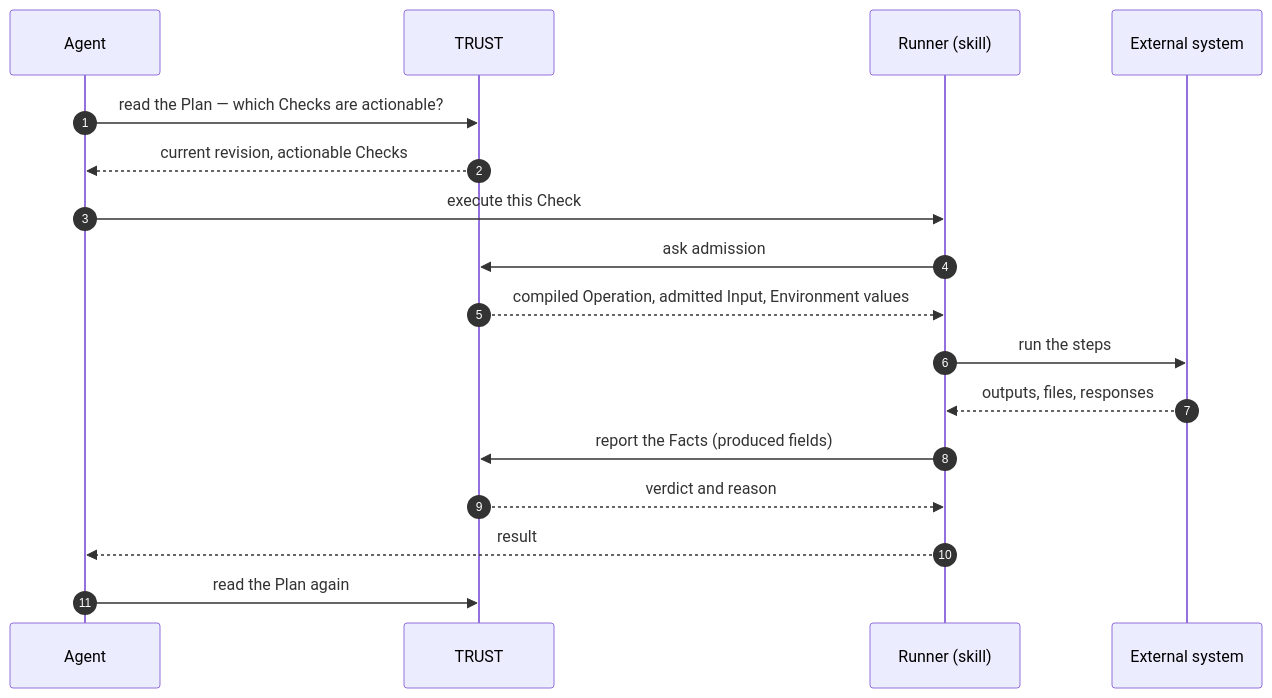
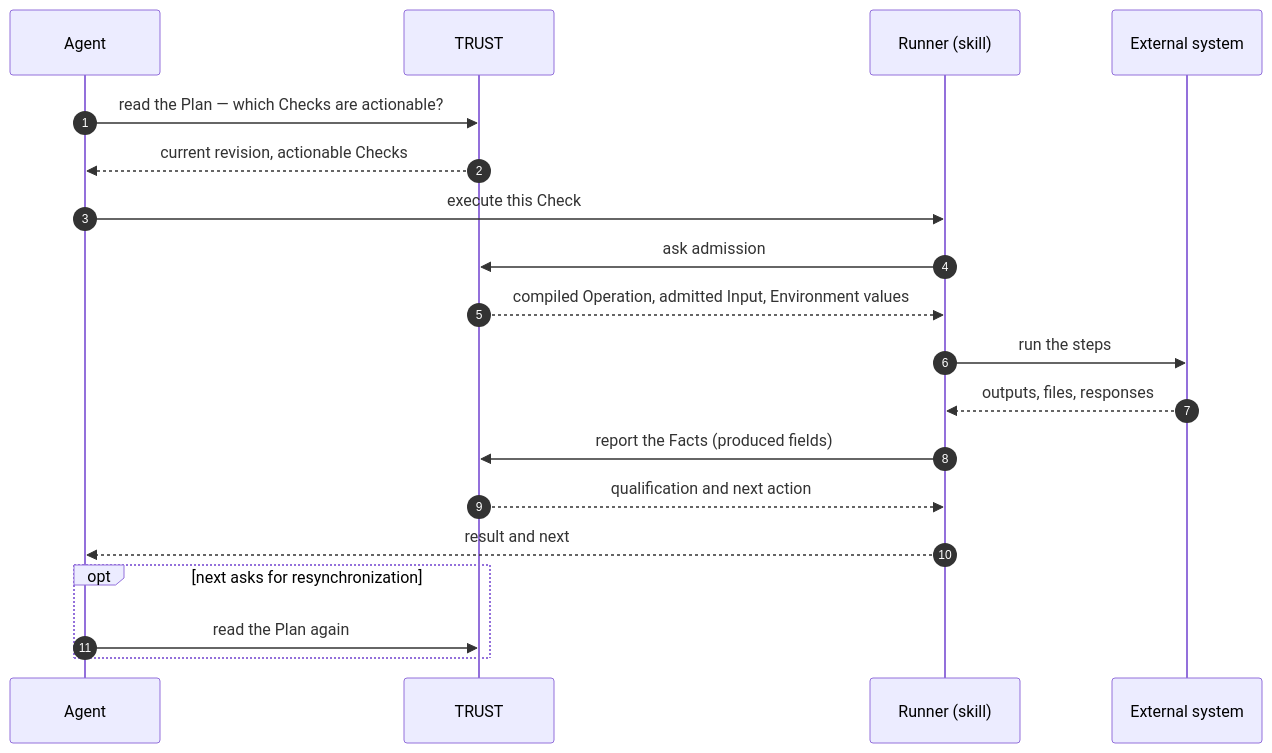
The diagram in packages/trust-ui/src/docs/content/en/principles/delegation.mdx (ng-galien/trust), drawn with Mermaid before and after one commit. The commit also changed other lines of this file and 110 other files, not shown here.

Commit message:
Complete TRUST plan execution and authoring flow

````diff
--- a/packages/trust-ui/src/docs/content/en/principles/delegation.mdx
+++ b/packages/trust-ui/src/docs/content/en/principles/delegation.mdx
@@ -11,19 +11,21 @@
 ```mermaid
 sequenceDiagram
   autonumber
   participant A as Agent
   participant T as TRUST
   participant R as Runner (skill)
   participant X as External system
   A->>T: read the Plan — which Checks are actionable?
   T-->>A: current revision, actionable Checks
   A->>R: execute this Check
   R->>T: ask admission
   T-->>R: compiled Operation, admitted Input, Environment values
   R->>X: run the steps
   X-->>R: outputs, files, responses
   R->>T: report the Facts (produced fields)
-  T-->>R: verdict and reason
-  R-->>A: result
-  A->>T: read the Plan again
+  T-->>R: qualification and next action
+  R-->>A: result and next
+  opt next asks for resynchronization
+    A->>T: read the Plan again
+  end
 ```
````
